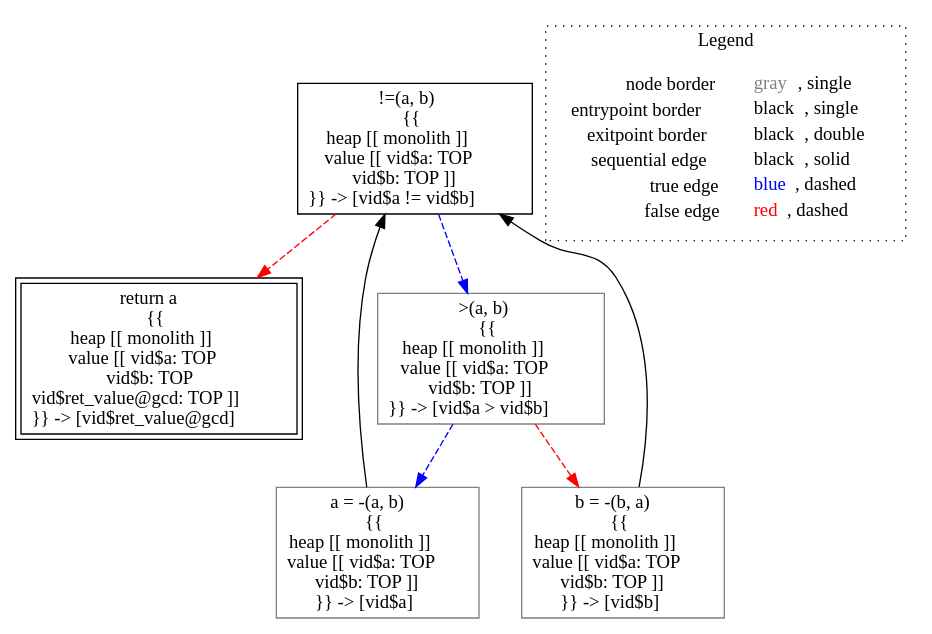
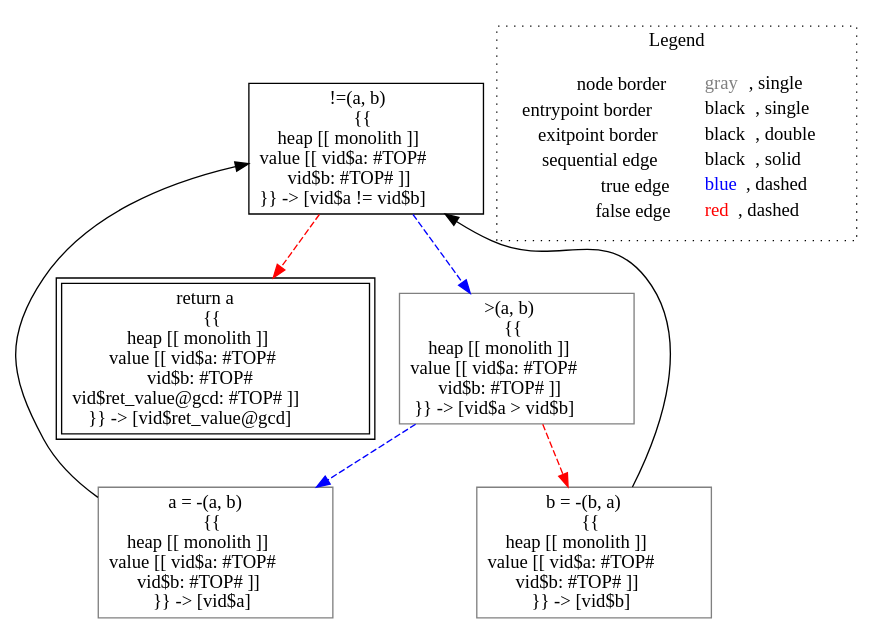
Before and after one commit to lisa-analyzer/lisa: the diagram in lisa/imp-testcases/numeric/int-const/analysis___untyped_tutorial.gcd(untyped_a,_untyped_b).dot, drawn with Graphviz. The commit also changed 30 other files, not shown here.

```diff
--- a/lisa/imp-testcases/numeric/int-const/analysis___untyped_tutorial.gcd(untyped_a,_untyped_b).dot
+++ b/lisa/imp-testcases/numeric/int-const/analysis___untyped_tutorial.gcd(untyped_a,_untyped_b).dot
@@ -1,20 +1,20 @@
 digraph {
-	"node0" [shape="rect",color="black",label=<!=(a, b)<BR/>{{<BR/>heap [[ monolith ]]<BR/>value [[ vid$a: TOP<BR/>vid$b: TOP ]]<BR/>}} -&gt; [vid$a != vid$b]>];
-	"node1" [shape="rect",color="gray",label=<a = -(a, b)<BR/>{{<BR/>heap [[ monolith ]]<BR/>value [[ vid$a: TOP<BR/>vid$b: TOP ]]<BR/>}} -&gt; [vid$a]>];
-	"node2" [shape="rect",color="black",peripheries="2",label=<return a<BR/>{{<BR/>heap [[ monolith ]]<BR/>value [[ vid$a: TOP<BR/>vid$b: TOP<BR/>vid$ret_value@gcd: TOP ]]<BR/>}} -&gt; [vid$ret_value@gcd]>];
-	"node3" [shape="rect",color="gray",label=<b = -(b, a)<BR/>{{<BR/>heap [[ monolith ]]<BR/>value [[ vid$a: TOP<BR/>vid$b: TOP ]]<BR/>}} -&gt; [vid$b]>];
-	"node4" [shape="rect",color="gray",label=<&gt;(a, b)<BR/>{{<BR/>heap [[ monolith ]]<BR/>value [[ vid$a: TOP<BR/>vid$b: TOP ]]<BR/>}} -&gt; [vid$a &gt; vid$b]>];
+	"node0" [shape="rect",color="black",label=<!=(a, b)<BR/>{{<BR/>heap [[ monolith ]]<BR/>value [[ vid$a: #TOP#<BR/>vid$b: #TOP# ]]<BR/>}} -&gt; [vid$a != vid$b]>];
+	"node1" [shape="rect",color="gray",label=<a = -(a, b)<BR/>{{<BR/>heap [[ monolith ]]<BR/>value [[ vid$a: #TOP#<BR/>vid$b: #TOP# ]]<BR/>}} -&gt; [vid$a]>];
+	"node2" [shape="rect",color="gray",label=<&gt;(a, b)<BR/>{{<BR/>heap [[ monolith ]]<BR/>value [[ vid$a: #TOP#<BR/>vid$b: #TOP# ]]<BR/>}} -&gt; [vid$a &gt; vid$b]>];
+	"node3" [shape="rect",color="black",peripheries="2",label=<return a<BR/>{{<BR/>heap [[ monolith ]]<BR/>value [[ vid$a: #TOP#<BR/>vid$b: #TOP#<BR/>vid$ret_value@gcd: #TOP# ]]<BR/>}} -&gt; [vid$ret_value@gcd]>];
+	"node4" [shape="rect",color="gray",label=<b = -(b, a)<BR/>{{<BR/>heap [[ monolith ]]<BR/>value [[ vid$a: #TOP#<BR/>vid$b: #TOP# ]]<BR/>}} -&gt; [vid$b]>];
 	"node1" -> "node0" [color="black"];
-	"node3" -> "node0" [color="black"];
-	"node0" -> "node2" [color="red",style="dashed"];
-	"node0" -> "node4" [color="blue",style="dashed"];
-	"node4" -> "node1" [color="blue",style="dashed"];
-	"node4" -> "node3" [color="red",style="dashed"];
+	"node0" -> "node2" [color="blue",style="dashed"];
+	"node0" -> "node3" [color="red",style="dashed"];
+	"node2" -> "node1" [color="blue",style="dashed"];
+	"node2" -> "node4" [color="red",style="dashed"];
+	"node4" -> "node0" [color="black"];
 subgraph cluster_legend {
 	label="Legend";
 	style=dotted;
 	node [shape=plaintext];
 	"legend" [label=<<table border="0" cellpadding="2" cellspacing="0" cellborder="0"><tr><td align="right">node border&nbsp;</td><td align="left"><font color="gray">gray</font>, single</td></tr><tr><td align="right">entrypoint border&nbsp;</td><td align="left"><font color="black">black</font>, single</td></tr><tr><td align="right">exitpoint border&nbsp;</td><td align="left"><font color="black">black</font>, double</td></tr><tr><td align="right">sequential edge&nbsp;</td><td align="left"><font color="black">black</font>, solid</td></tr><tr><td align="right">true edge&nbsp;</td><td align="left"><font color="blue">blue</font>, dashed</td></tr><tr><td align="right">false edge&nbsp;</td><td align="left"><font color="red">red</font>, dashed</td></tr></table>>];
 }
 
 }
```
